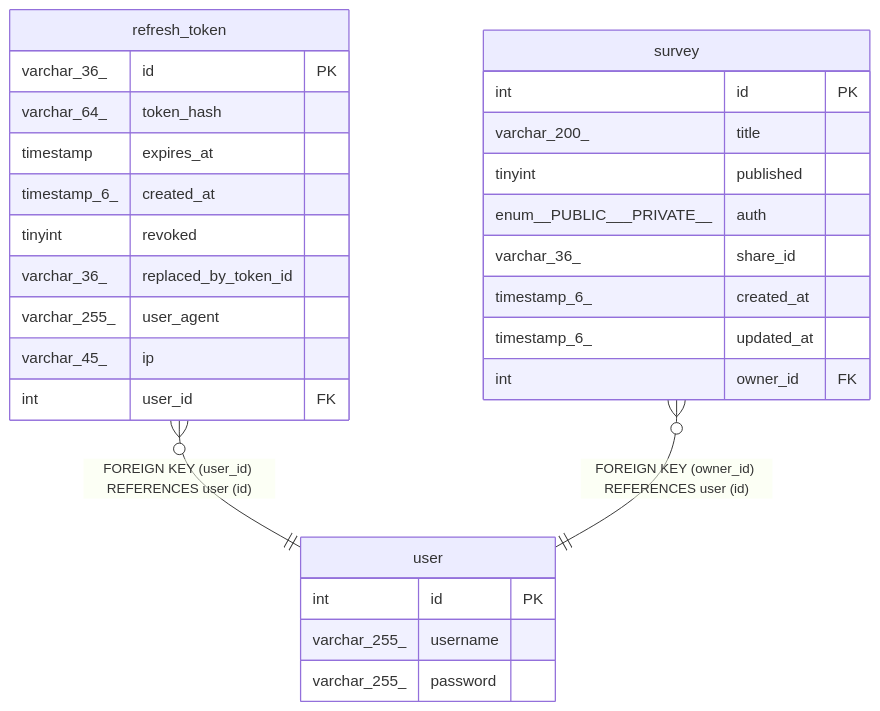
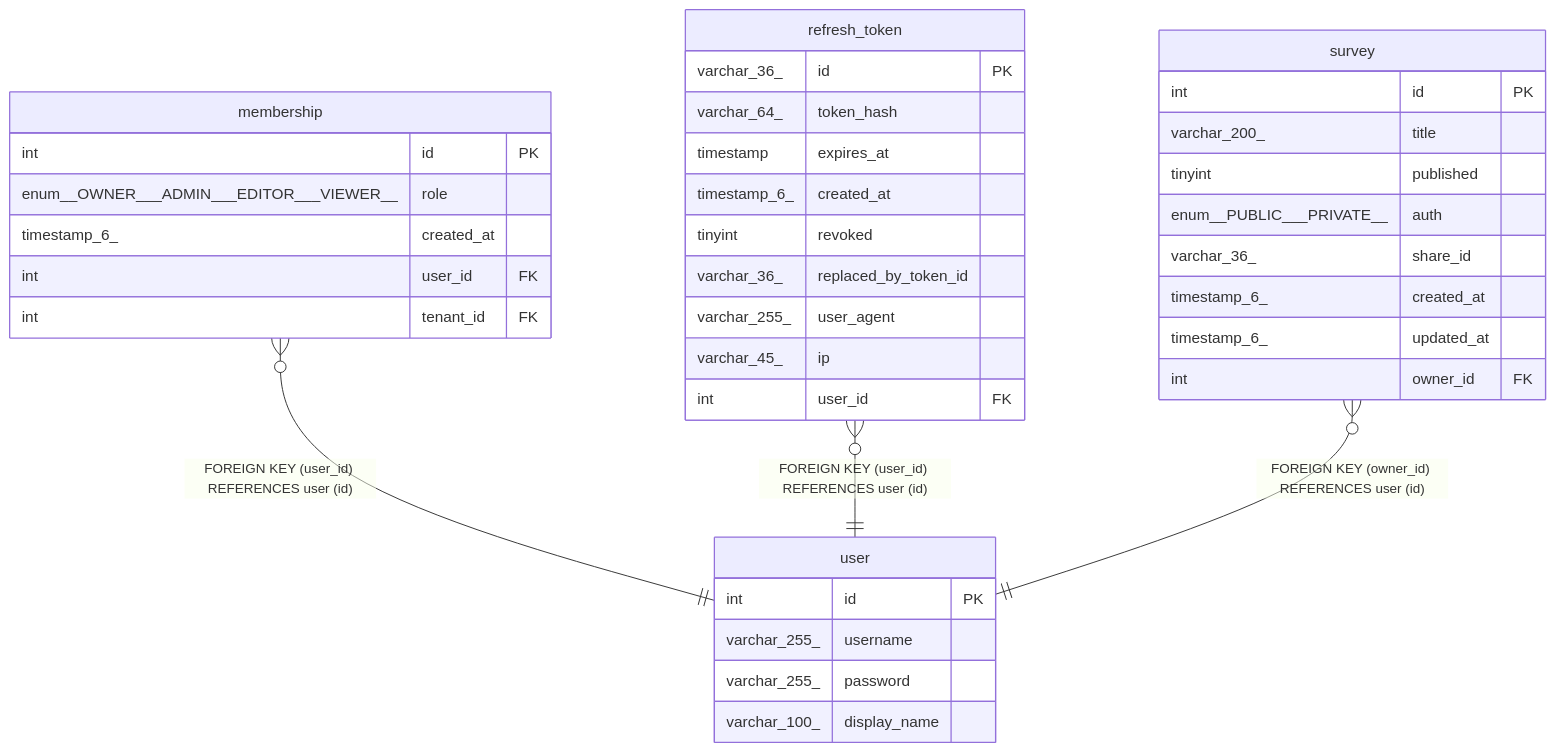
One commit to BepHblVI/First-nest changed the diagram in docs/database/user.md. Above: the diagram before and after it, drawn with Mermaid. The commit also changed other lines of this file and 19 other files, not shown here.

````diff
--- a/docs/database/user.md
+++ b/docs/database/user.md
@@ -44,33 +46,42 @@
 ```mermaid
 erDiagram
 
+"membership" }o--|| "user" : "FOREIGN KEY (user_id) REFERENCES user (id)"
 "refresh_token" }o--|| "user" : "FOREIGN KEY (user_id) REFERENCES user (id)"
 "survey" }o--|| "user" : "FOREIGN KEY (owner_id) REFERENCES user (id)"
 
 "user" {
   int id PK
   varchar_255_ username
   varchar_255_ password
+  varchar_100_ display_name
+}
+"membership" {
+  int id PK
+  enum__OWNER___ADMIN___EDITOR___VIEWER__ role
+  timestamp_6_ created_at
+  int user_id FK
+  int tenant_id FK
 }
 "refresh_token" {
   varchar_36_ id PK
   varchar_64_ token_hash
   timestamp expires_at
   timestamp_6_ created_at
   tinyint revoked
   varchar_36_ replaced_by_token_id
   varchar_255_ user_agent
   varchar_45_ ip
   int user_id FK
 }
 "survey" {
   int id PK
   varchar_200_ title
   tinyint published
   enum__PUBLIC___PRIVATE__ auth
   varchar_36_ share_id
   timestamp_6_ created_at
   timestamp_6_ updated_at
   int owner_id FK
 }
 ```
````
